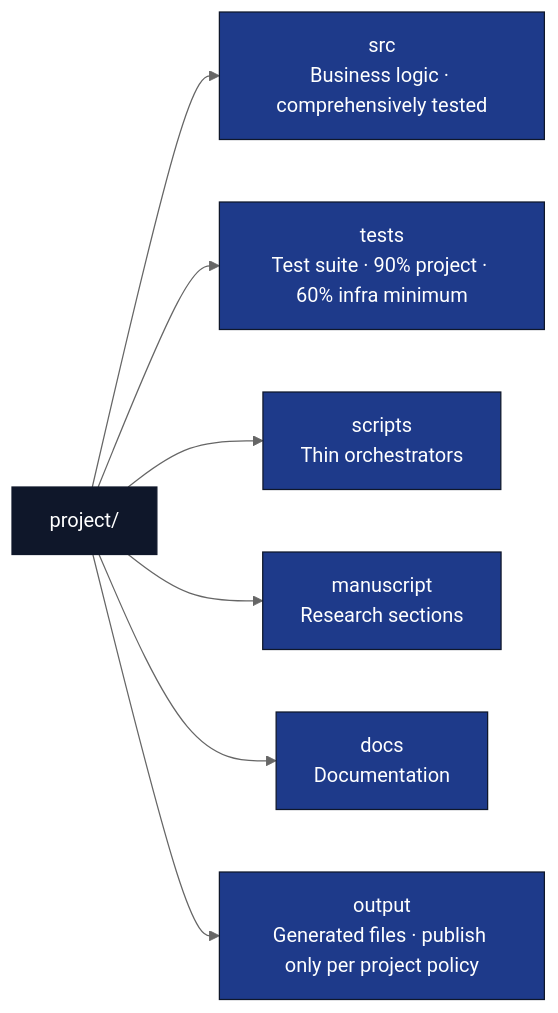
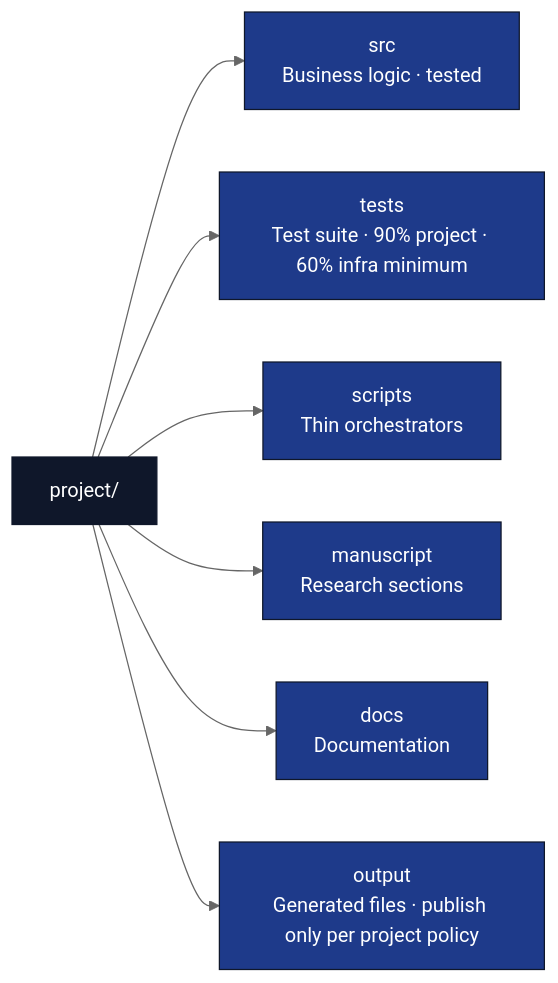
The first of 2 diagrams in docs/best-practices/best-practices.md (docxology/template), drawn with Mermaid (neutral theme) before and after one commit. The commit also changed other lines of this file and 64 other files, not shown here.

````diff
--- a/docs/best-practices/best-practices.md
+++ b/docs/best-practices/best-practices.md
@@ -15,15 +15,15 @@
 ```mermaid
 flowchart LR
     P[project/]
-    P --> SRC[src<br/>Business logic · comprehensively tested]
+    P --> SRC[src<br/>Business logic · tested]
     P --> T[tests<br/>Test suite · 90% project · 60% infra minimum]
     P --> SC[scripts<br/>Thin orchestrators]
     P --> M[manuscript<br/>Research sections]
     P --> DOC[docs<br/>Documentation]
     P --> OUT[output<br/>Generated files · publish only per project policy]
 
     classDef d fill:#0f172a,stroke:#0f172a,color:#fff
     classDef pkg fill:#1e3a8a,stroke:#0f172a,color:#fff
     class P d
     class SRC,T,SC,M,DOC,OUT pkg
 ```
````
